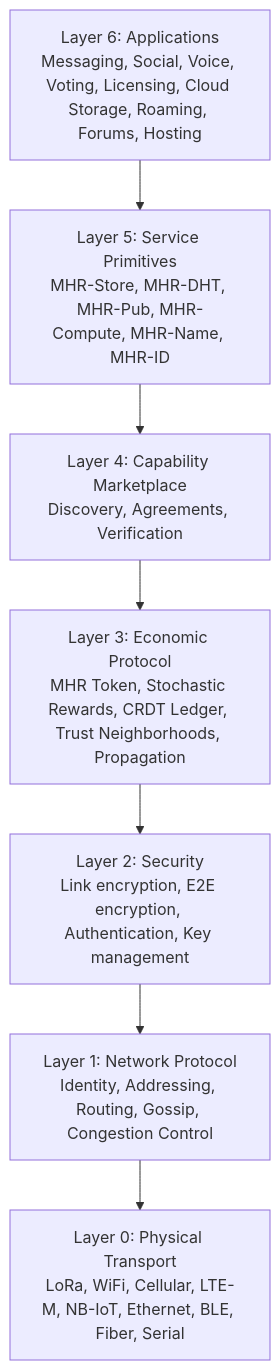
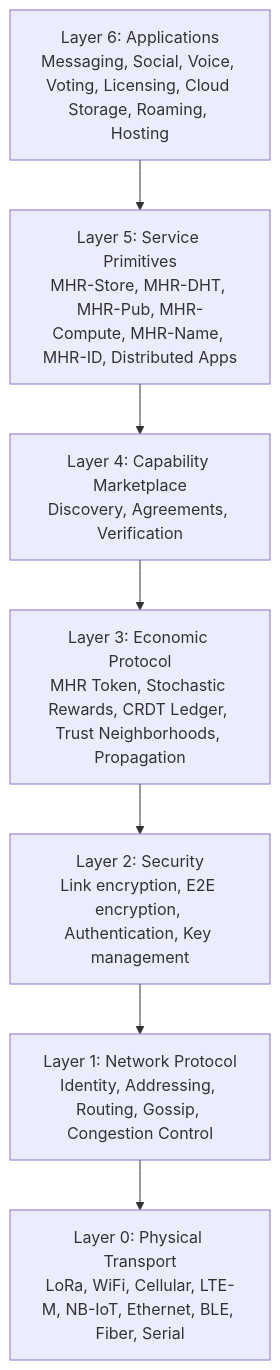
The diagram in docs/specification.md (SorenSaket/Mehr-Network-Docs), drawn with Mermaid before and after one commit. The commit also changed 6 other files, not shown here.

````diff
--- a/docs/specification.md
+++ b/docs/specification.md
@@ -117,10 +117,10 @@
 ```mermaid
 graph TD
-    L6["Layer 6: Applications<br/>Messaging, Social, Voice, Voting, Licensing, Cloud Storage, Roaming, Forums, Hosting"] --> L5
-    L5["Layer 5: Service Primitives<br/>MHR-Store, MHR-DHT, MHR-Pub, MHR-Compute, MHR-Name, MHR-ID"] --> L4
+    L6["Layer 6: Applications<br/>Messaging, Social, Voice, Voting, Licensing, Cloud Storage, Roaming, Hosting"] --> L5
+    L5["Layer 5: Service Primitives<br/>MHR-Store, MHR-DHT, MHR-Pub, MHR-Compute, MHR-Name, MHR-ID, Distributed Apps"] --> L4
     L4["Layer 4: Capability Marketplace<br/>Discovery, Agreements, Verification"] --> L3
     L3["Layer 3: Economic Protocol<br/>MHR Token, Stochastic Rewards, CRDT Ledger, Trust Neighborhoods, Propagation"] --> L2
     L2["Layer 2: Security<br/>Link encryption, E2E encryption, Authentication, Key management"] --> L1
     L1["Layer 1: Network Protocol<br/>Identity, Addressing, Routing, Gossip, Congestion Control"] --> L0
     L0["Layer 0: Physical Transport<br/>LoRa, WiFi, Cellular, LTE-M, NB-IoT, Ethernet, BLE, Fiber, Serial"]
 ```
````
